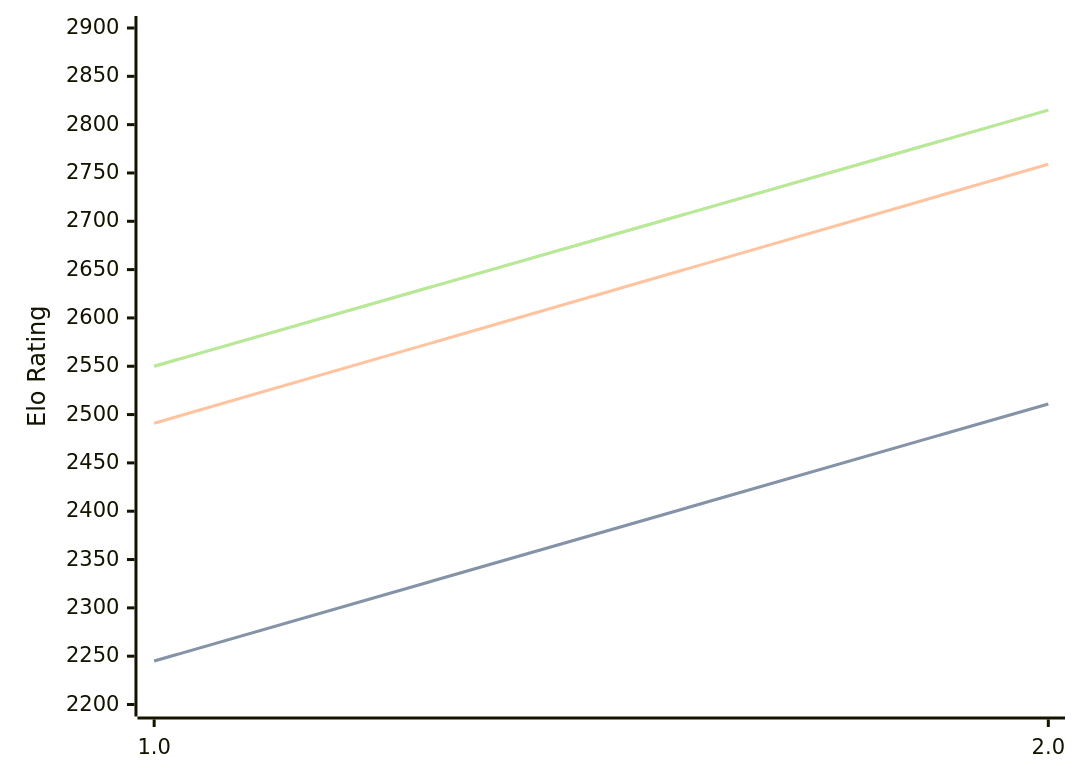
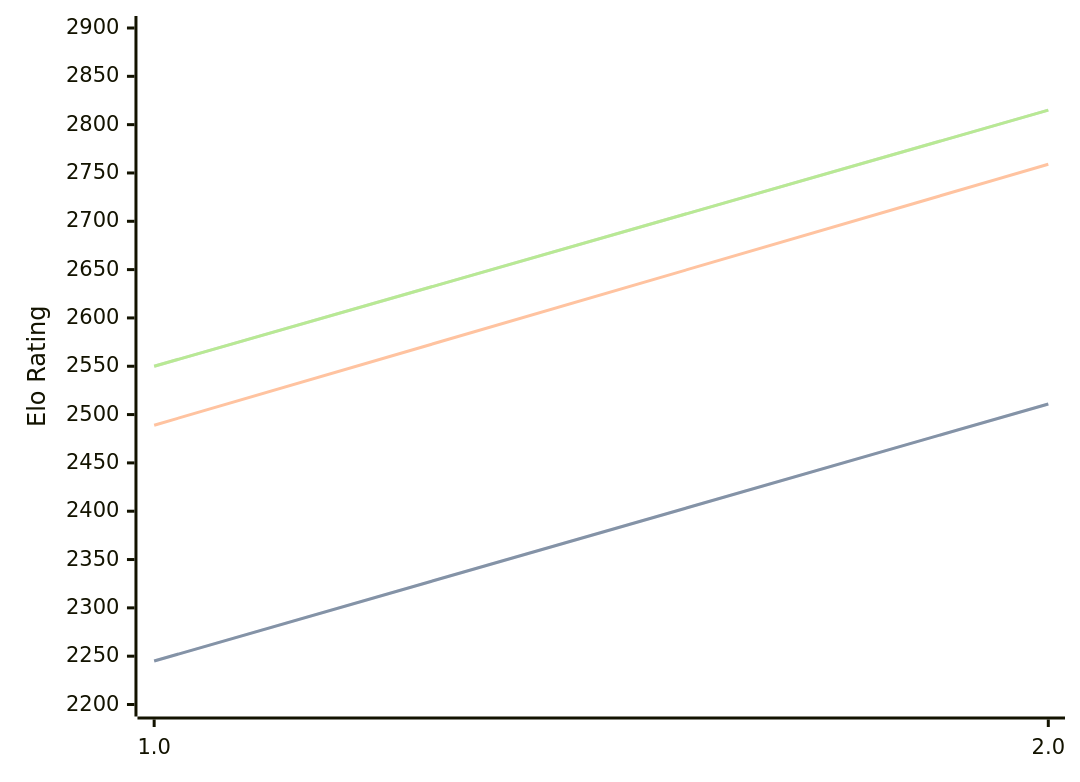
The third of 3 diagrams in engines/Revolver.md (computer-chess-index/cci), drawn with Mermaid before and after one commit. The commit also changed other lines of this file, not shown here.

````diff
--- a/engines/Revolver.md
+++ b/engines/Revolver.md
@@ -65,11 +65,11 @@
 ```mermaid
 %%{init: {"theme":"base","themeVariables":{"seriesColors:['#a3a3a3','#222221','#faa371']}}}%%
 xychart-beta
   x-axis ["1.0", "2.0"]
   y-axis "Elo Rating" 2200 --> 2900
   line "STC (8.0+0.08s)" [2245, 2511]
   line "STC (8.0+0.08s)" [2245, 2511]
-  line "LTC (60.0+0.60s)" [2491, 2759]
+  line "LTC (60.0+0.60s)" [2489, 2759]
   line "VLTC (2m24s+1.12s)" [2550, 2815]
   line "VLTC (2m24s+1.12s)" [2550, 2815]
 ```
````
